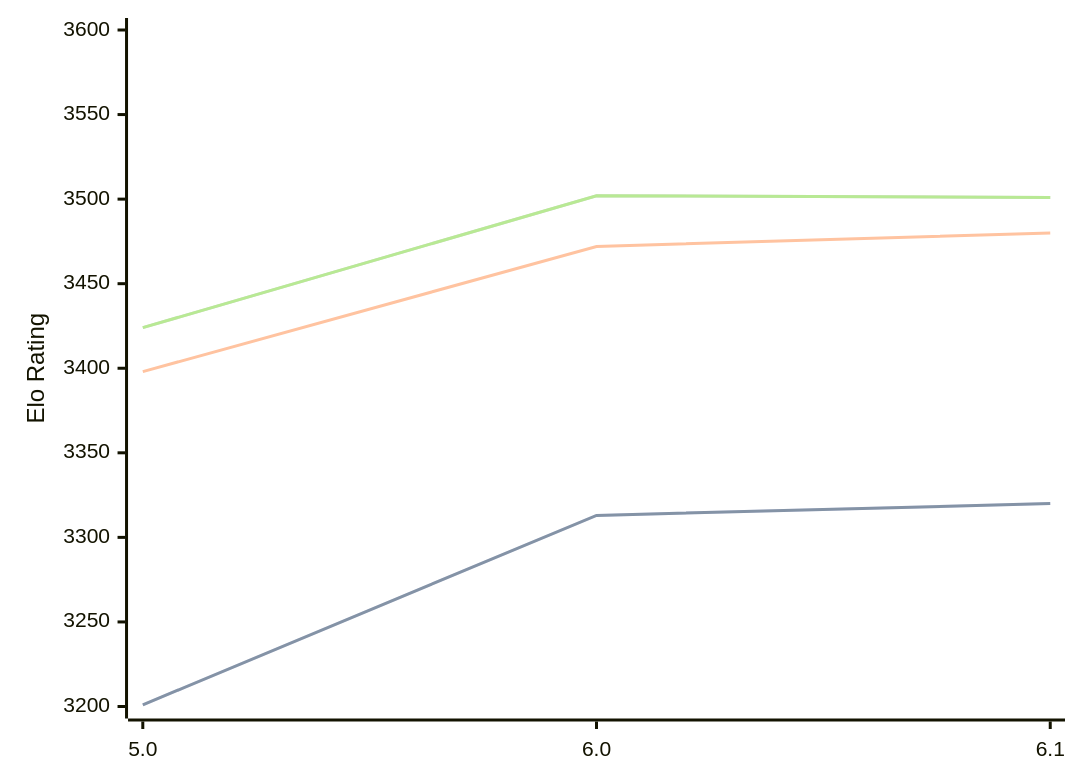
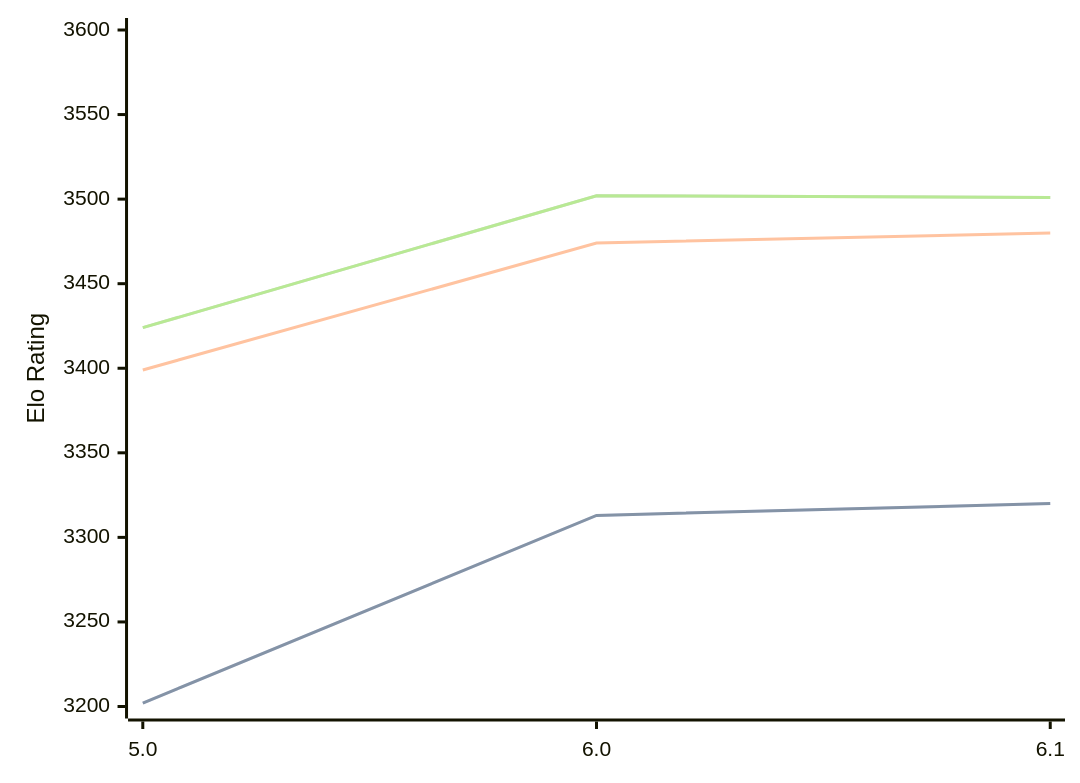
Before and after one commit to computer-chess-index/cci: the third of 3 diagrams in engines/Starzix.md, drawn with Mermaid. The commit also changed other lines of this file, not shown here.

````diff
--- a/engines/Starzix.md
+++ b/engines/Starzix.md
@@ -70,11 +70,11 @@
 ```mermaid
 %%{init: {"theme":"base","themeVariables":{"seriesColors:['#a3a3a3','#222221','#faa371']}}}%%
 xychart-beta
   x-axis ["5.0", "6.0", "6.1"]
   y-axis "Elo Rating" 3200 --> 3600
-  line "STC (8.0+0.08s)" [3201, 3313, 3320]
-  line "STC (8.0+0.08s)" [3201, 3313, 3320]
-  line "LTC (60.0+0.60s)" [3398, 3472, 3480]
+  line "STC (8.0+0.08s)" [3202, 3313, 3320]
+  line "STC (8.0+0.08s)" [3202, 3313, 3320]
+  line "LTC (60.0+0.60s)" [3399, 3474, 3480]
   line "VLTC (2m24s+1.12s)" [3424, 3502, 3501]
   line "VLTC (2m24s+1.12s)" [3424, 3502, 3501]
 ```
````
